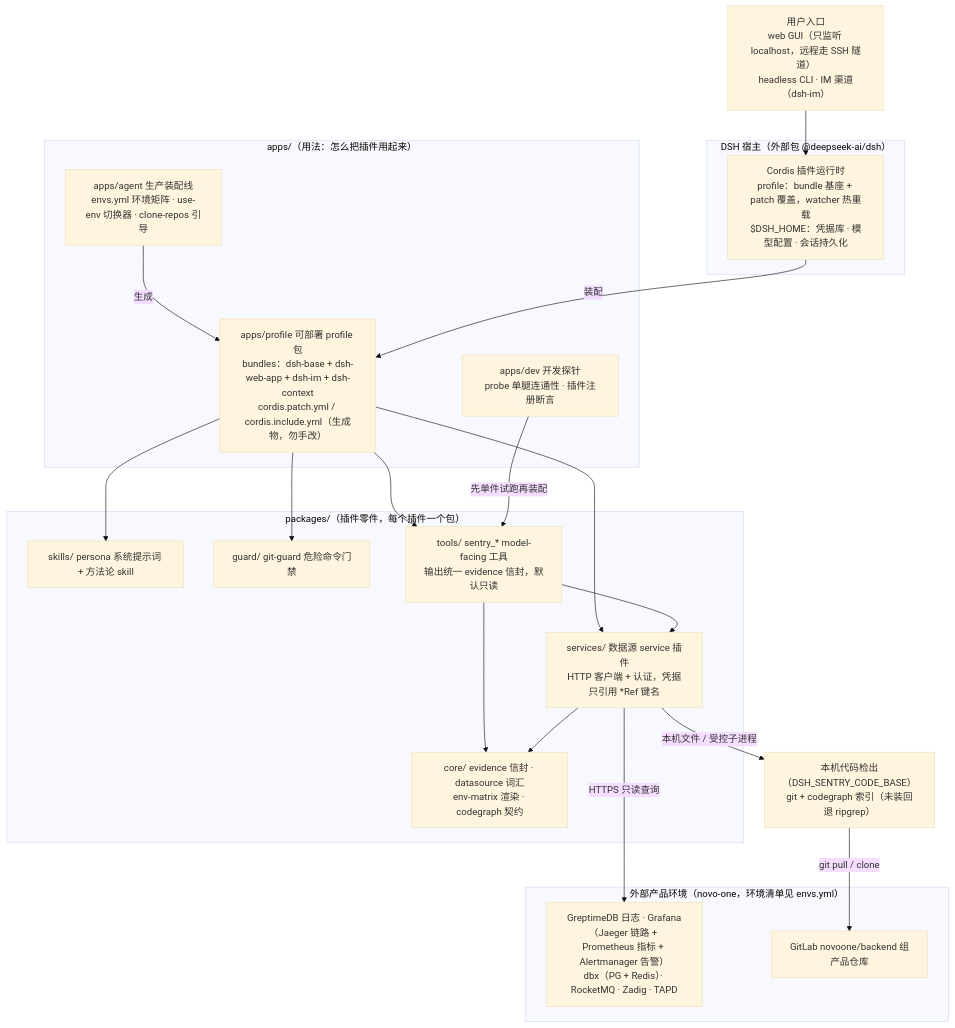
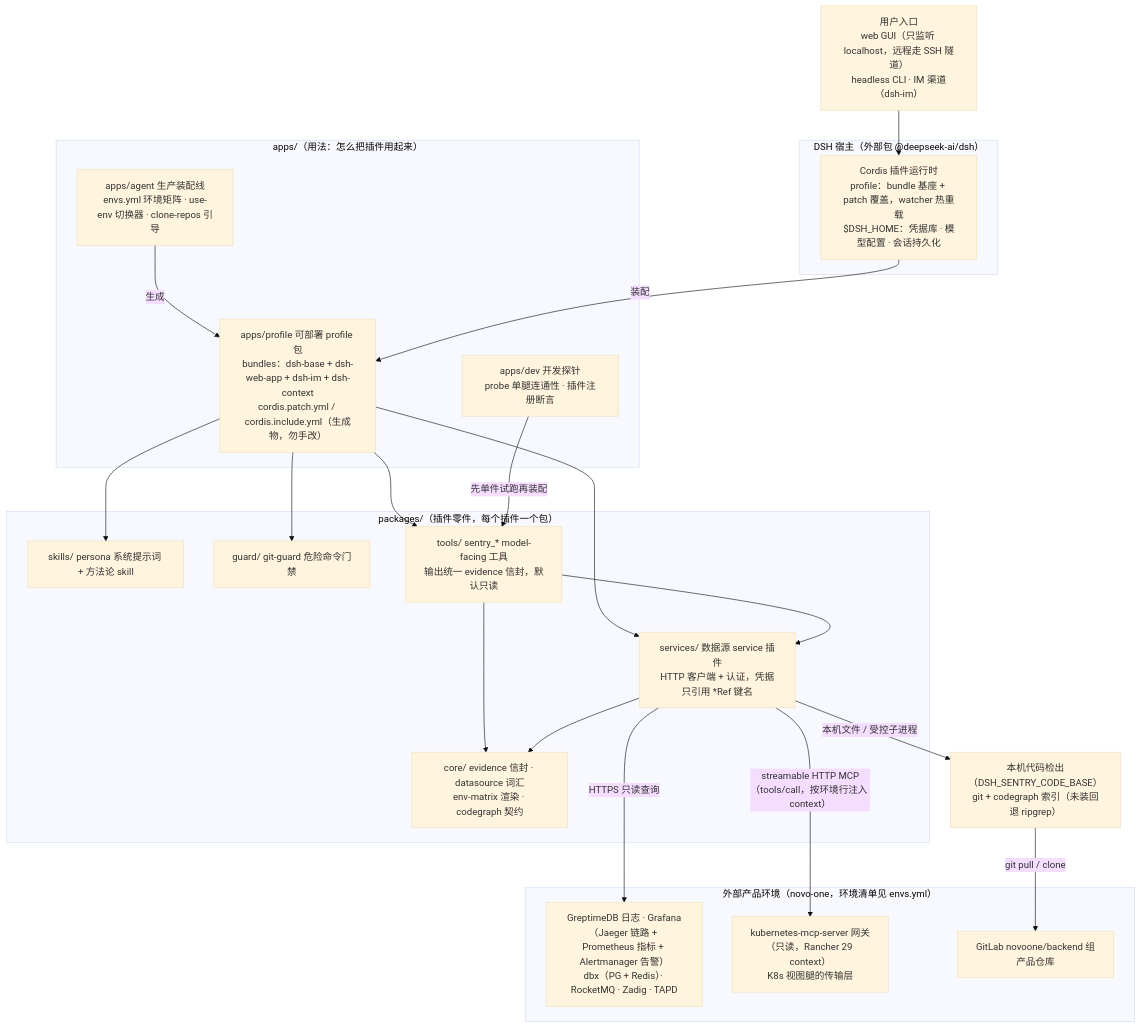
Before and after one commit to lynn-hector/endurance-sage: the first of 3 diagrams in docs/architecture/overview.md, drawn with Mermaid (base theme). The commit also changed 33 other files, not shown here.

First line of the commit message:
feat(kubernetes): 新增 K8s 只读视图腿（MCP 网关桥接）

````diff
--- a/docs/architecture/overview.md
+++ b/docs/architecture/overview.md
@@ -27,41 +27,43 @@
 ```mermaid
 flowchart TB
     entry["用户入口<br/>web GUI（只监听 localhost，远程走 SSH 隧道）<br/>headless CLI · IM 渠道（dsh-im）"]
 
     subgraph HOST["DSH 宿主（外部包 @deepseek-ai/dsh）"]
         runtime["Cordis 插件运行时<br/>profile：bundle 基座 + patch 覆盖，watcher 热重载<br/>$DSH_HOME：凭据库 · 模型配置 · 会话持久化"]
     end
 
     subgraph APPS["apps/（用法：怎么把插件用起来）"]
         agent["apps/agent 生产装配线<br/>envs.yml 环境矩阵 · use-env 切换器 · clone-repos 引导"]
         profile["apps/profile 可部署 profile 包<br/>bundles：dsh-base + dsh-web-app + dsh-im + dsh-context<br/>cordis.patch.yml / cordis.include.yml（生成物，勿手改）"]
         dev["apps/dev 开发探针<br/>probe 单腿连通性 · 插件注册断言"]
     end
 
     subgraph PLUGINS["packages/（插件零件，每个插件一个包）"]
         skills["skills/ persona 系统提示词 + 方法论 skill"]
         guard["guard/ git-guard 危险命令门禁"]
         tools["tools/ sentry_* model-facing 工具<br/>输出统一 evidence 信封，默认只读"]
         services["services/ 数据源 service 插件<br/>HTTP 客户端 + 认证，凭据只引用 *Ref 键名"]
         core["core/ evidence 信封 · datasource 词汇<br/>env-matrix 渲染 · codegraph 契约"]
     end
 
     subgraph TARGET["外部产品环境（novo-one，环境清单见 envs.yml）"]
         obs["GreptimeDB 日志 · Grafana（Jaeger 链路 + Prometheus 指标 + Alertmanager 告警）<br/>dbx（PG + Redis）· RocketMQ · Zadig · TAPD"]
+        k8s["kubernetes-mcp-server 网关（只读，Rancher 29 context）<br/>K8s 视图腿的传输层"]
         gitlab["GitLab novoone/backend 组产品仓库"]
     end
 
     local["本机代码检出（DSH_SENTRY_CODE_BASE）<br/>git + codegraph 索引（未装回退 ripgrep）"]
 
     entry --> runtime
     agent -->|生成| profile
     runtime -->|装配| profile
     profile --> skills & guard & tools & services
     tools --> services
     tools --> core
     services --> core
     services -->|HTTPS 只读查询| obs
+    services -->|streamable HTTP MCP（tools/call，按环境行注入 context）| k8s
     services -->|本机文件 / 受控子进程| local
     local -->|git pull / clone| gitlab
     dev -->|先单件试跑再装配| tools
 ```
````
